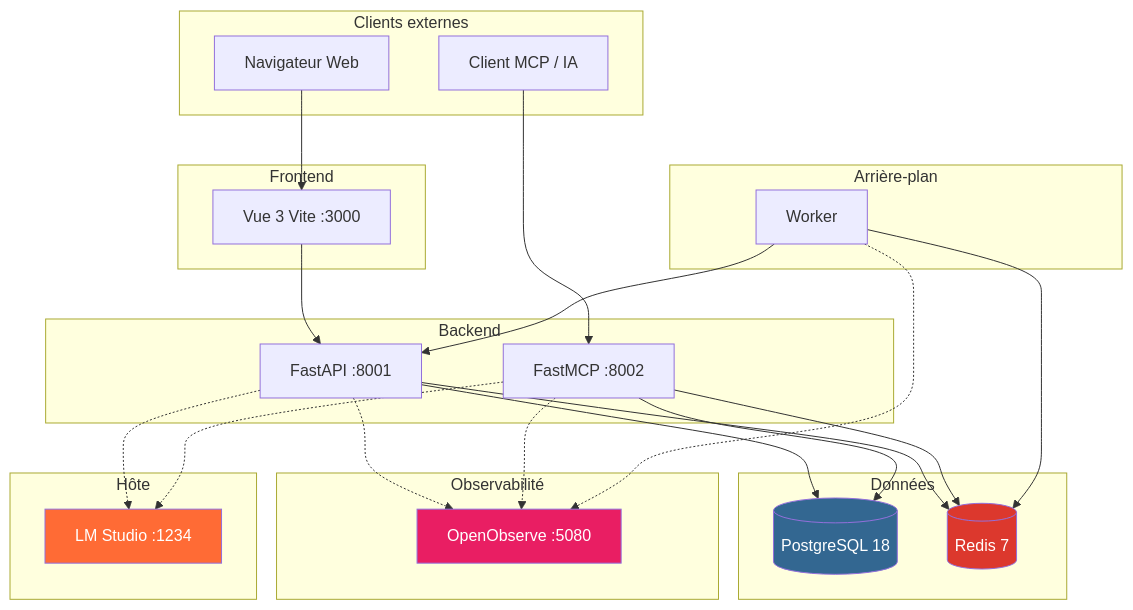
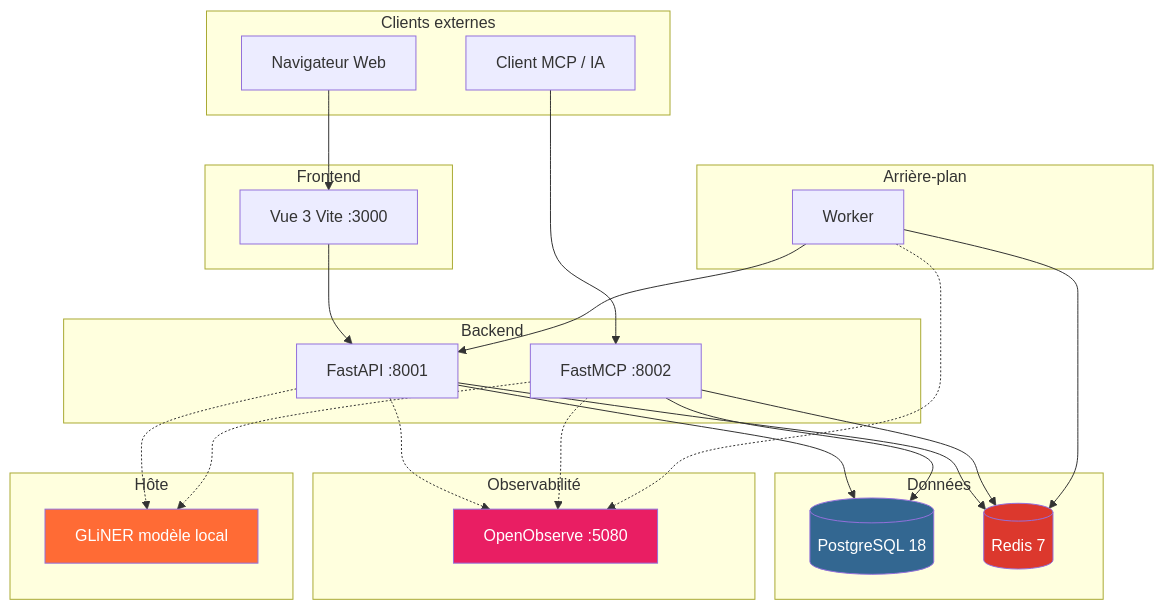
The first of 13 diagrams in docs/ARCHITECTURE.md (giak/mnemo-lite), drawn with Mermaid before and after one commit. The commit also changed other lines of this file and 9 other files, not shown here.

````diff
--- a/docs/ARCHITECTURE.md
+++ b/docs/ARCHITECTURE.md
@@ -9,53 +9,53 @@
 ```mermaid
 graph TB
     subgraph "Clients externes"
         Browser[Navigateur Web]
         Claude[Client MCP / IA]
     end
 
     subgraph "Frontend"
         FE[Vue 3 Vite :3000]
     end
 
     subgraph "Backend"
         API[FastAPI :8001]
         MCP[FastMCP :8002]
     end
 
     subgraph "Données"
         PG[(PostgreSQL 18)]
         Redis[(Redis 7)]
     end
 
     subgraph "Arrière-plan"
         Worker[Worker]
     end
 
     subgraph "Observabilité"
         OObserve[OpenObserve :5080]
     end
 
     subgraph "Hôte"
-        LMStudio[LM Studio :1234]
+        GLiNER[GLiNER modèle local]
     end
 
     Browser --> FE
     FE --> API
     Claude --> MCP
     API --> PG
     API --> Redis
     MCP --> PG
     MCP --> Redis
     Worker --> Redis
     Worker --> API
     API -.-> OObserve
     MCP -.-> OObserve
     Worker -.-> OObserve
-    API -.-> LMStudio
-    MCP -.-> LMStudio
+    API -.-> GLiNER
+    MCP -.-> GLiNER
 
     style PG fill:#336791,color:#fff
     style Redis fill:#DC382D,color:#fff
-    style LMStudio fill:#FF6B35,color:#fff
+    style GLiNER fill:#FF6B35,color:#fff
     style OObserve fill:#E91E63,color:#fff
 ```
````
